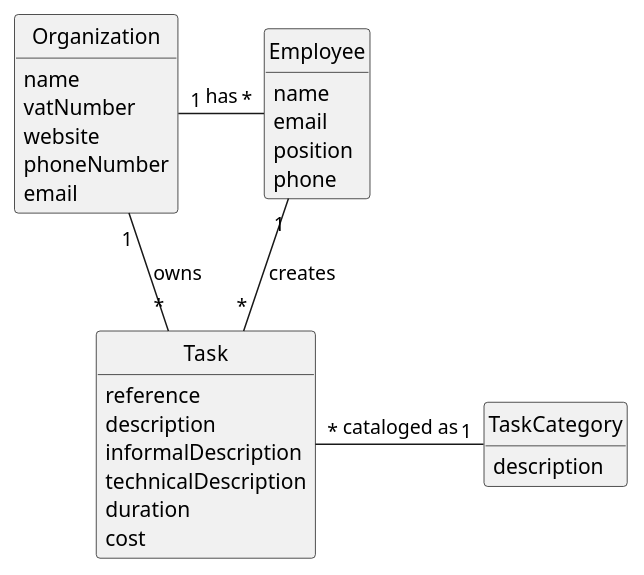
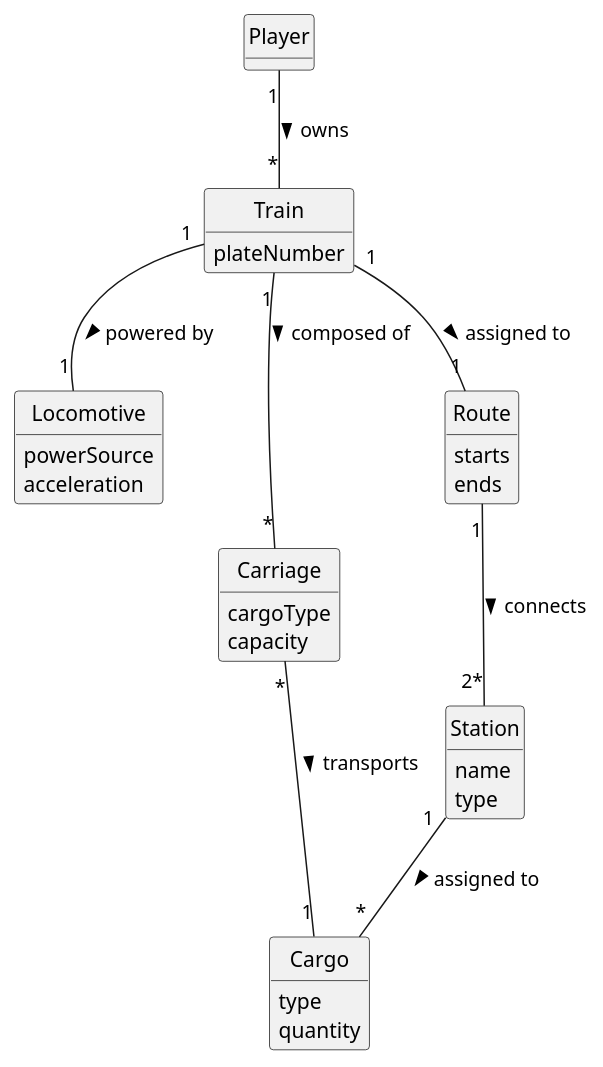
The diagram in docs/system-documentation/US010/02.analysis/puml/US010-DM.puml (1240826/empire-on-tracks), drawn with PlantUML before and after one commit. The commit also changed 12 other files, not shown here.

```diff
--- a/docs/system-documentation/US010/02.analysis/puml/US010-DM.puml
+++ b/docs/system-documentation/US010/02.analysis/puml/US010-DM.puml
@@ -1,50 +1,53 @@
 @startuml
 skinparam monochrome true
 skinparam packageStyle rectangle
 skinparam shadowing false
-
-'left to right direction
 
 skinparam classAttributeIconSize 0
 
 hide circle
 hide methods
 
-'title Domain Model
+'title Domain Model for US010 - Assign a Train to a Route
 
-class Organization {
-    name
-    vatNumber
-    website
-    phoneNumber
-    email
+class Player {
 }
 
-class Task {
-    reference
-    description
-    informalDescription
-    technicalDescription
-    duration
-    cost
+class Train {
+    plateNumber
 }
 
-class TaskCategory {
-    description
+class Locomotive {
+    powerSource
+    acceleration
 }
 
-class Employee {
-    name
-    email
-    position
-    phone
+class Carriage {
+    cargoType
+    capacity
 }
 
-Organization "1" - "*" Employee : has
-Organization "1" - "*" Task: owns
+class Route {
+    starts
+    ends
+}
 
-Employee "1" -- "*" Task : creates
+class Station {
+    name
+    type
+}
 
-Task "*" - "1" TaskCategory: cataloged as
+class Cargo {
+    type
+    quantity
+}
+
+Player "1" -- "*" Train : owns >
+Train "1" -- "1" Route : assigned to >
+Train "1" -- "1" Locomotive : powered by >
+Train "1" -- "*" Carriage : composed of >
+Route "1" -- "2*" Station : connects >
+Station "1" -- "*" Cargo : assigned to >
+Carriage "*" -- "1" Cargo : transports >
 
 @enduml
```
